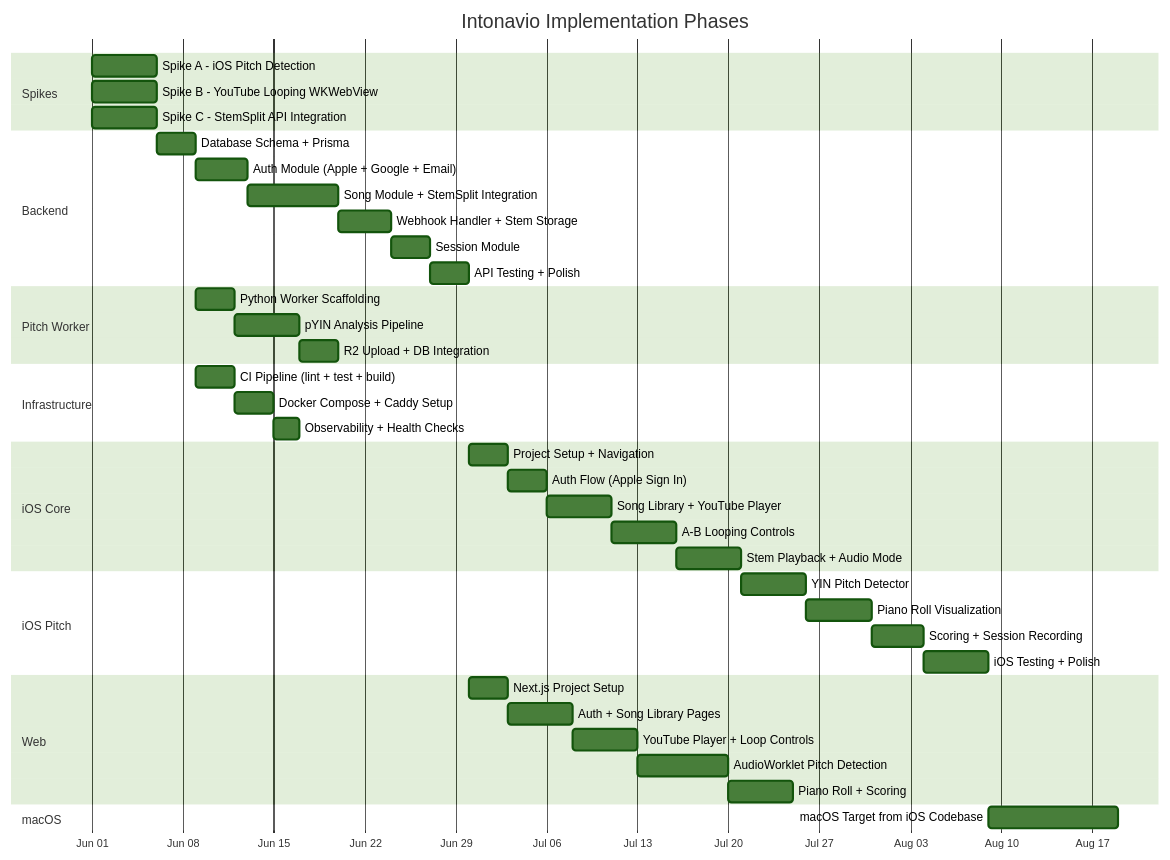
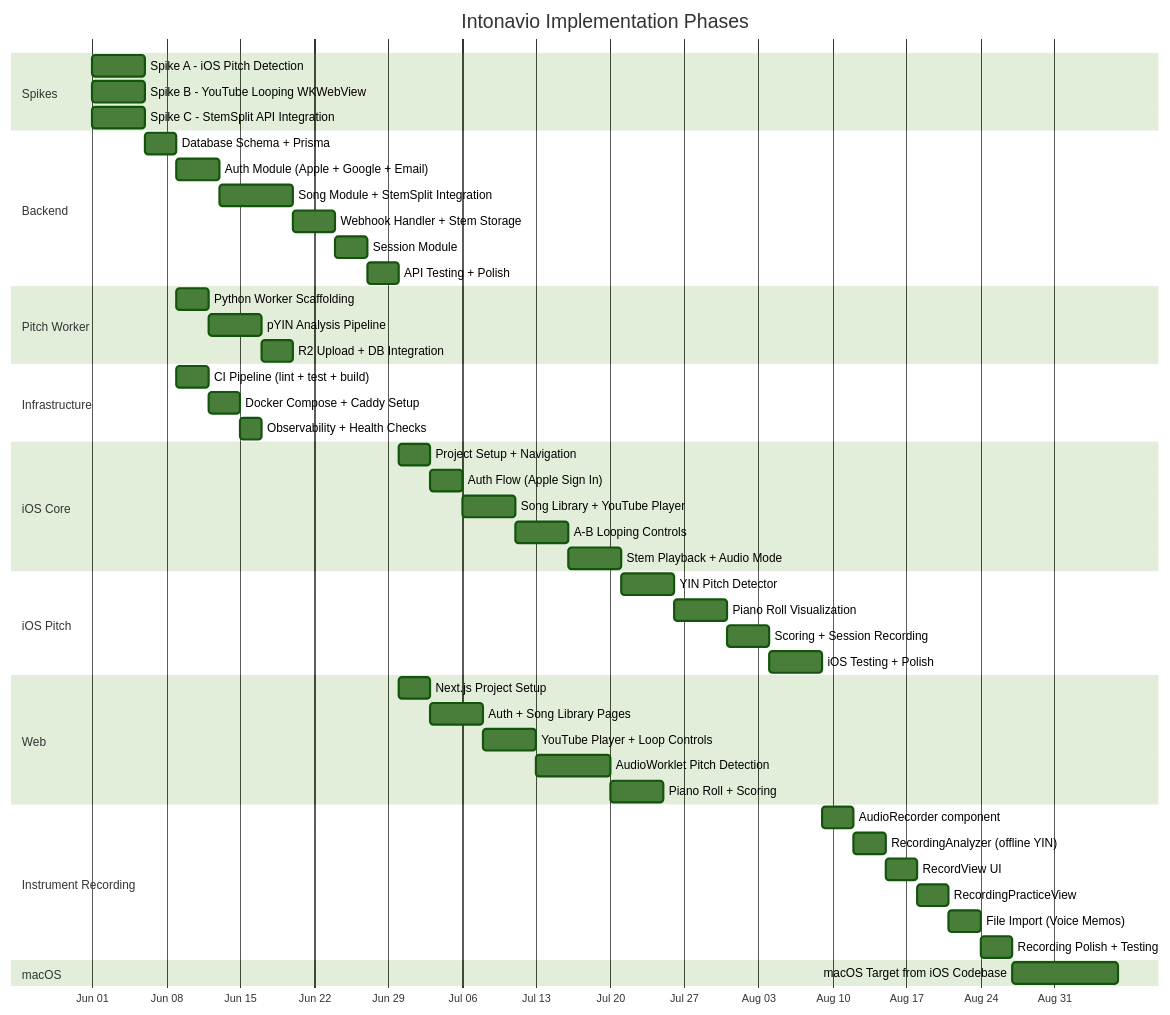
The first of 2 diagrams in docs/10-implementation-phases.md (pawelgawliczek/intonavio), drawn with Mermaid (forest theme) before and after one commit. The commit also changed other lines of this file and 21 other files, not shown here.

First line of the commit message:
Add instrument recording feature with import, editing, and practice controls

````diff
--- a/docs/10-implementation-phases.md
+++ b/docs/10-implementation-phases.md
@@ -5,52 +5,60 @@
 ```mermaid
 gantt
     title Intonavio Implementation Phases
     dateFormat YYYY-MM-DD
     axisFormat %b %d
 
     section Spikes
     Spike A - iOS Pitch Detection       :spike-a, 2025-06-01, 5d
     Spike B - YouTube Looping WKWebView :spike-b, 2025-06-01, 5d
     Spike C - StemSplit API Integration  :spike-c, 2025-06-01, 5d
 
     section Backend
     Database Schema + Prisma            :db, after spike-c, 3d
     Auth Module (Apple + Google + Email) :auth, after db, 4d
     Song Module + StemSplit Integration  :songs, after auth, 7d
     Webhook Handler + Stem Storage      :webhook, after songs, 4d
     Session Module                      :sessions, after webhook, 3d
     API Testing + Polish                :api-test, after sessions, 3d
 
     section Pitch Worker
     Python Worker Scaffolding           :worker-scaffold, after db, 3d
     pYIN Analysis Pipeline              :pyin, after worker-scaffold, 5d
     R2 Upload + DB Integration          :worker-int, after pyin, 3d
 
     section Infrastructure
     CI Pipeline (lint + test + build)   :ci, after db, 3d
     Docker Compose + Caddy Setup         :docker, after ci, 3d
     Observability + Health Checks       :obs, after docker, 2d
 
     section iOS Core
     Project Setup + Navigation          :ios-setup, after api-test, 3d
     Auth Flow (Apple Sign In)           :ios-auth, after ios-setup, 3d
     Song Library + YouTube Player       :ios-library, after ios-auth, 5d
     A-B Looping Controls                :ios-loop, after ios-library, 5d
     Stem Playback + Audio Mode          :ios-stems, after ios-loop, 5d
 
     section iOS Pitch
     YIN Pitch Detector                  :ios-yin, after ios-stems, 5d
     Piano Roll Visualization            :ios-piano, after ios-yin, 5d
     Scoring + Session Recording         :ios-score, after ios-piano, 4d
     iOS Testing + Polish                :ios-test, after ios-score, 5d
 
     section Web
     Next.js Project Setup               :web-setup, after api-test, 3d
     Auth + Song Library Pages           :web-pages, after web-setup, 5d
     YouTube Player + Loop Controls      :web-yt, after web-pages, 5d
     AudioWorklet Pitch Detection        :web-pitch, after web-yt, 7d
     Piano Roll + Scoring                :web-piano, after web-pitch, 5d
 
+    section Instrument Recording
+    AudioRecorder component             :rec-audio, after ios-test, 3d
+    RecordingAnalyzer (offline YIN)     :rec-analyze, after rec-audio, 3d
+    RecordView UI                       :rec-ui, after rec-analyze, 3d
+    RecordingPracticeView               :rec-practice, after rec-ui, 3d
+    File Import (Voice Memos)           :rec-import, after rec-practice, 3d
+    Recording Polish + Testing          :rec-test, after rec-import, 3d
+
     section macOS
-    macOS Target from iOS Codebase      :macos, after ios-test, 10d
+    macOS Target from iOS Codebase      :macos, after rec-test, 10d
 ```
````
